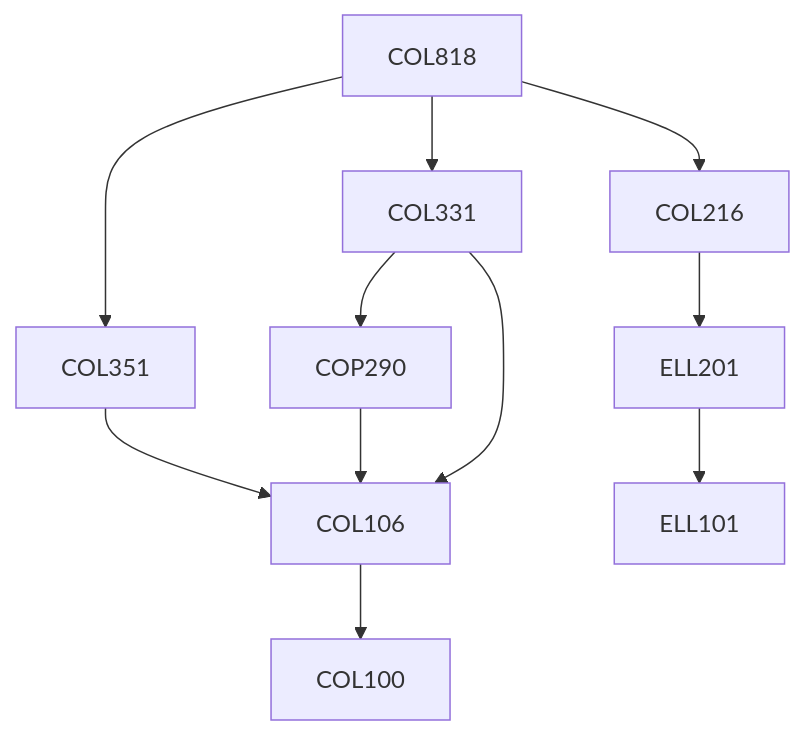
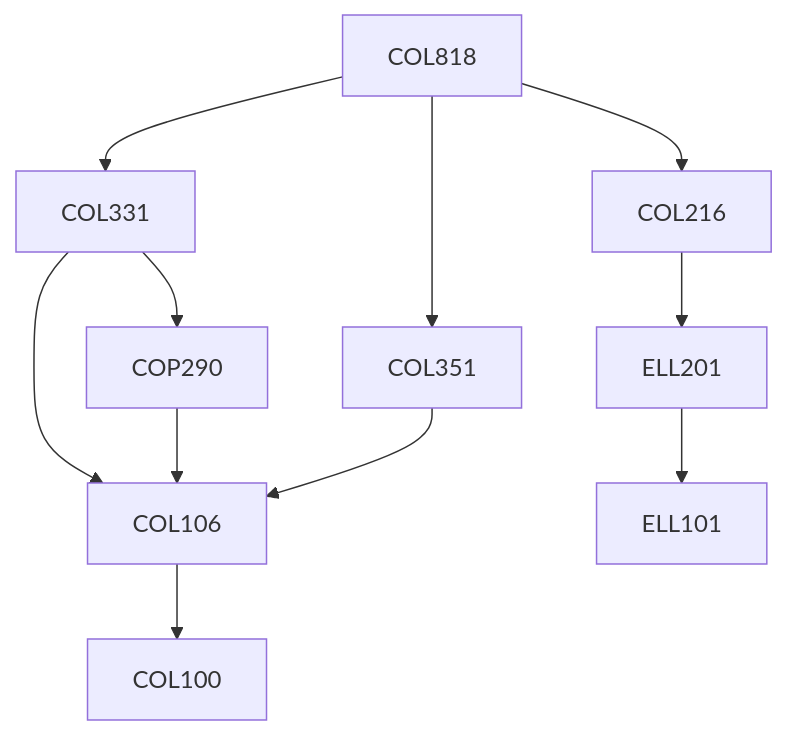
One commit to KeshavBansal0122/CoS_Website changed the diagram in content/Computer Science and Engineering/COL818.md. Above: the diagram before and after it, drawn with Mermaid. The commit also changed other lines of this file and 2662 other files, not shown here.

````diff
--- a/content/Computer Science and Engineering/COL818.md
+++ b/content/Computer Science and Engineering/COL818.md
@@ -13,17 +13,17 @@
 ```mermaid
 flowchart TD
 COL818-233[COL818]
+COL106-233 --> COL100-233[COL100]
 COL818-233 --> COL331-233[COL331]
+COL216-233 --> ELL201-233[ELL201]
 COL331-233 --> COP290-233[COP290]
-COL106-233 --> COL100-233[COL100]
-COL351-233 --> COL106-233[COL106]
-COL818-233 --> COL216-233[COL216]
-COL216-233 --> ELL201-233[ELL201]
-COP290-233 --> COL106-233[COL106]
-COL818-233 --> COL351-233[COL351]
 ELL201-233 --> ELL101-233[ELL101]
 COL331-233 --> COL106-233[COL106]
+COP290-233 --> COL106-233[COL106]
+COL351-233 --> COL106-233[COL106]
+COL818-233 --> COL351-233[COL351]
+COL818-233 --> COL216-233[COL216]
 
 classDef empty height:17px, fill:transparent, stroke:transparent;
 classDef trueEmpty height:0px, width:0px;
 ```
````
